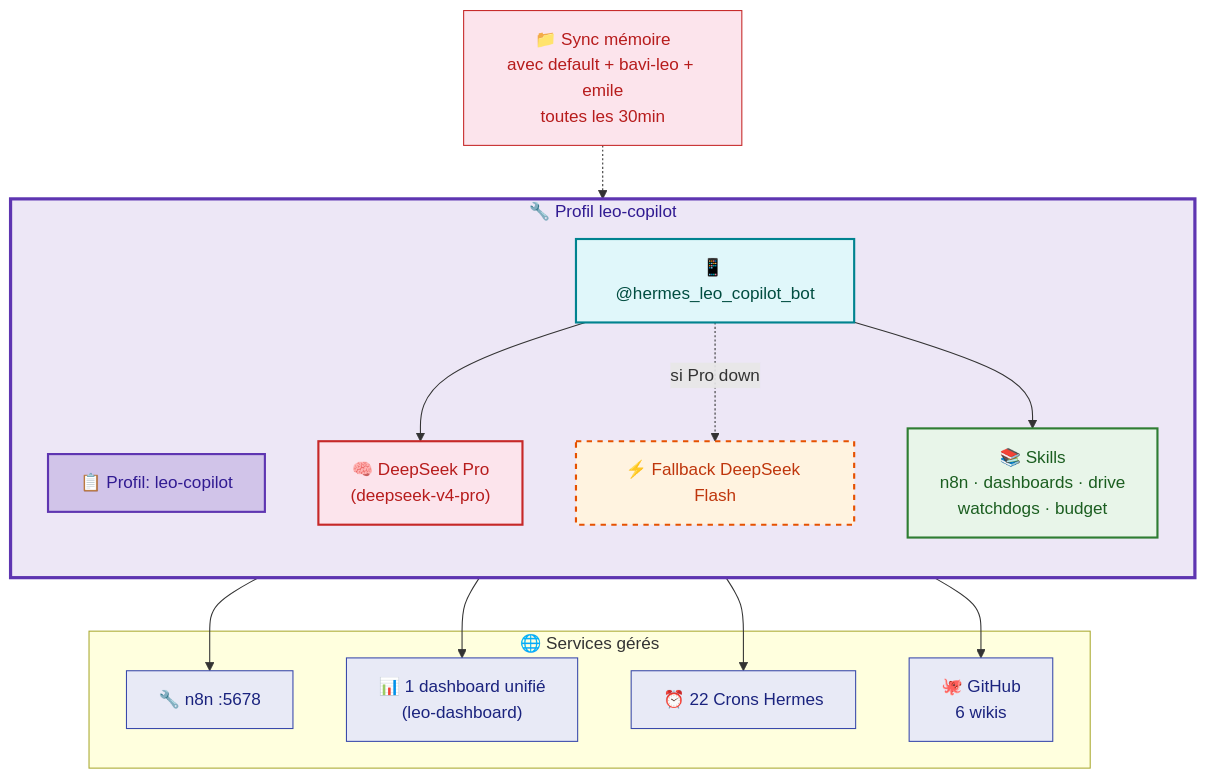
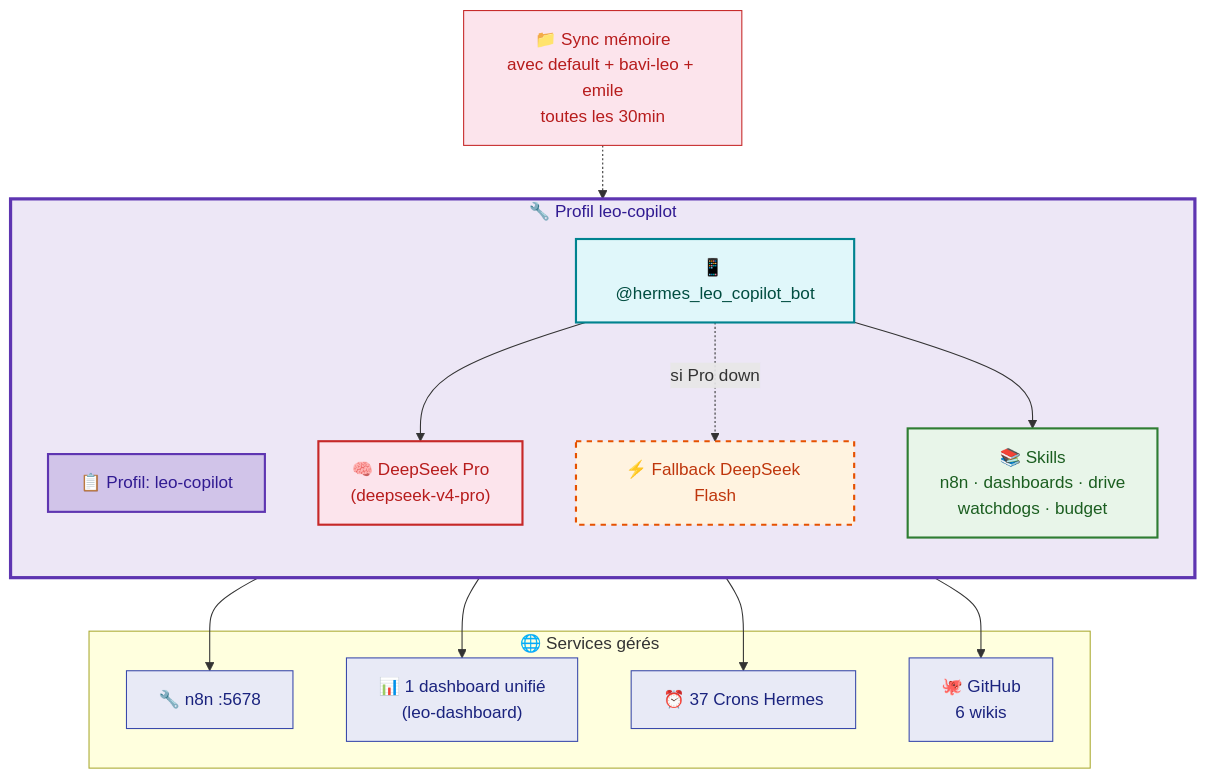
The third of 5 diagrams in docs/hermes/architecture-communication.md (christophedanhier-hash/hermes-wiki), drawn with Mermaid before and after one commit. The commit also changed other lines of this file and 3 other files, not shown here.

````diff
--- a/docs/hermes/architecture-communication.md
+++ b/docs/hermes/architecture-communication.md
@@ -122,42 +122,42 @@
 ```mermaid
 flowchart TB
     subgraph COPILOT["🔧 Profil leo-copilot"]
         direction TB
         P1["📋 Profil: leo-copilot"]
         B1["📱 @hermes_leo_copilot_bot"]
         M1["🧠 DeepSeek Pro<br/>(deepseek-v4-pro)"]
         F1["⚡ Fallback DeepSeek Flash"]
         SKILLS["📚 Skills<br/>n8n · dashboards · drive<br/>watchdogs · budget"]
     end
 
     subgraph EXTERNE["🌐 Services gérés"]
         N8N["🔧 n8n :5678"]
         DASH["📊 1 dashboard unifié<br/>(leo-dashboard)"]
-        CRONS["⏰ 22 Crons Hermes"]
+        CRONS["⏰ 37 Crons Hermes"]
         GH["🐙 GitHub<br/>6 wikis"]
     end
 
     MEM["📁 Sync mémoire<br/>avec default + bavi-leo + emile<br/>toutes les 30min"]
 
     B1 --> M1
     B1 -.->|"si Pro down"| F1
     B1 --> SKILLS
     MEM -.-> P1
 
     SKILLS --> N8N
     SKILLS --> DASH
     SKILLS --> CRONS
     SKILLS --> GH
 
     style COPILOT fill:#ede7f6,stroke:#5e35b1,stroke-width:3px,color:#311b92
     style P1 fill:#d1c4e9,stroke:#5e35b1,stroke-width:2px,color:#311b92
     style B1 fill:#e0f7fa,stroke:#00838f,stroke-width:2px,color:#004d40
     style M1 fill:#fce4ec,stroke:#c62828,stroke-width:2px,color:#b71c1c
     style F1 fill:#fff3e0,stroke:#e65100,stroke-width:2px,stroke-dasharray:5,color:#bf360c
     style SKILLS fill:#e8f5e9,stroke:#2e7d32,stroke-width:2px,color:#1b5e20
     style MEM fill:#fce4ec,stroke:#c62828,color:#b71c1c
     style N8N fill:#e8eaf6,stroke:#3949ab,color:#1a237e
     style DASH fill:#e8eaf6,stroke:#3949ab,color:#1a237e
     style CRONS fill:#e8eaf6,stroke:#3949ab,color:#1a237e
     style GH fill:#e8eaf6,stroke:#3949ab,color:#1a237e
 ```
````
